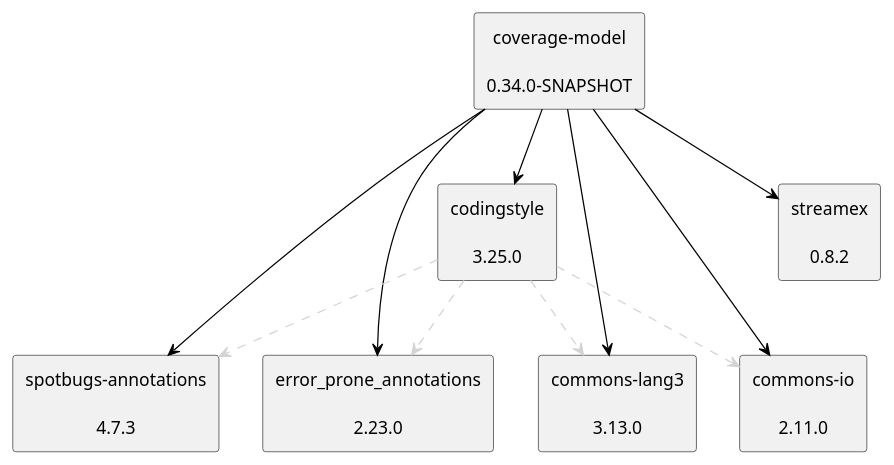
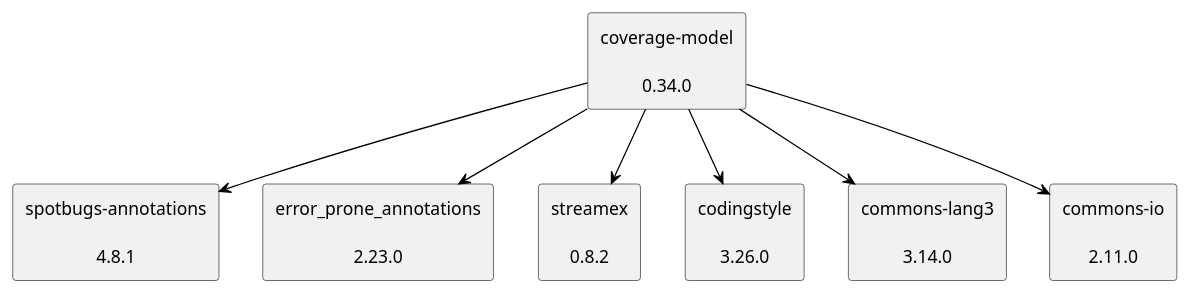
One commit to jenkinsci/coverage-model changed the diagram in doc/dependency-graph.puml. Above: the diagram before and after it, drawn with PlantUML.

Commit message:
Edd exclusions to testing as well.

```diff
--- a/doc/dependency-graph.puml
+++ b/doc/dependency-graph.puml
@@ -1,26 +1,22 @@
 @startuml
 skinparam defaultTextAlignment center
 skinparam rectangle {
   BackgroundColor<<optional>> beige
   BackgroundColor<<test>> lightGreen
   BackgroundColor<<runtime>> lightBlue
   BackgroundColor<<provided>> lightGray
 }
-rectangle "coverage-model\n\n0.34.0-SNAPSHOT" as edu_hm_hafner_coverage_model_jar
-rectangle "spotbugs-annotations\n\n4.7.3" as com_github_spotbugs_spotbugs_annotations_jar
+rectangle "coverage-model\n\n0.34.0" as edu_hm_hafner_coverage_model_jar
+rectangle "spotbugs-annotations\n\n4.8.1" as com_github_spotbugs_spotbugs_annotations_jar
 rectangle "error_prone_annotations\n\n2.23.0" as com_google_errorprone_error_prone_annotations_jar
 rectangle "streamex\n\n0.8.2" as one_util_streamex_jar
-rectangle "codingstyle\n\n3.25.0" as edu_hm_hafner_codingstyle_jar
-rectangle "commons-lang3\n\n3.13.0" as org_apache_commons_commons_lang3_jar
+rectangle "codingstyle\n\n3.26.0" as edu_hm_hafner_codingstyle_jar
+rectangle "commons-lang3\n\n3.14.0" as org_apache_commons_commons_lang3_jar
 rectangle "commons-io\n\n2.11.0" as commons_io_commons_io_jar
 edu_hm_hafner_coverage_model_jar -[#000000]-> com_github_spotbugs_spotbugs_annotations_jar
 edu_hm_hafner_coverage_model_jar -[#000000]-> com_google_errorprone_error_prone_annotations_jar
 edu_hm_hafner_coverage_model_jar -[#000000]-> one_util_streamex_jar
-edu_hm_hafner_codingstyle_jar .[#D3D3D3].> com_github_spotbugs_spotbugs_annotations_jar
-edu_hm_hafner_codingstyle_jar .[#D3D3D3].> com_google_errorprone_error_prone_annotations_jar
-edu_hm_hafner_codingstyle_jar .[#D3D3D3].> org_apache_commons_commons_lang3_jar
-edu_hm_hafner_codingstyle_jar .[#D3D3D3].> commons_io_commons_io_jar
 edu_hm_hafner_coverage_model_jar -[#000000]-> edu_hm_hafner_codingstyle_jar
 edu_hm_hafner_coverage_model_jar -[#000000]-> org_apache_commons_commons_lang3_jar
 edu_hm_hafner_coverage_model_jar -[#000000]-> commons_io_commons_io_jar
 @enduml
```
